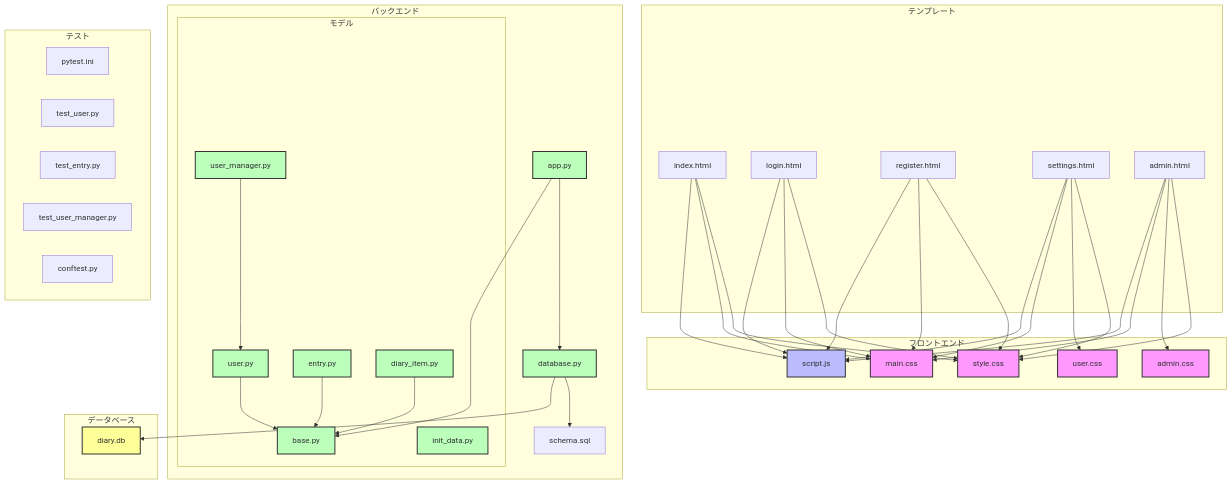
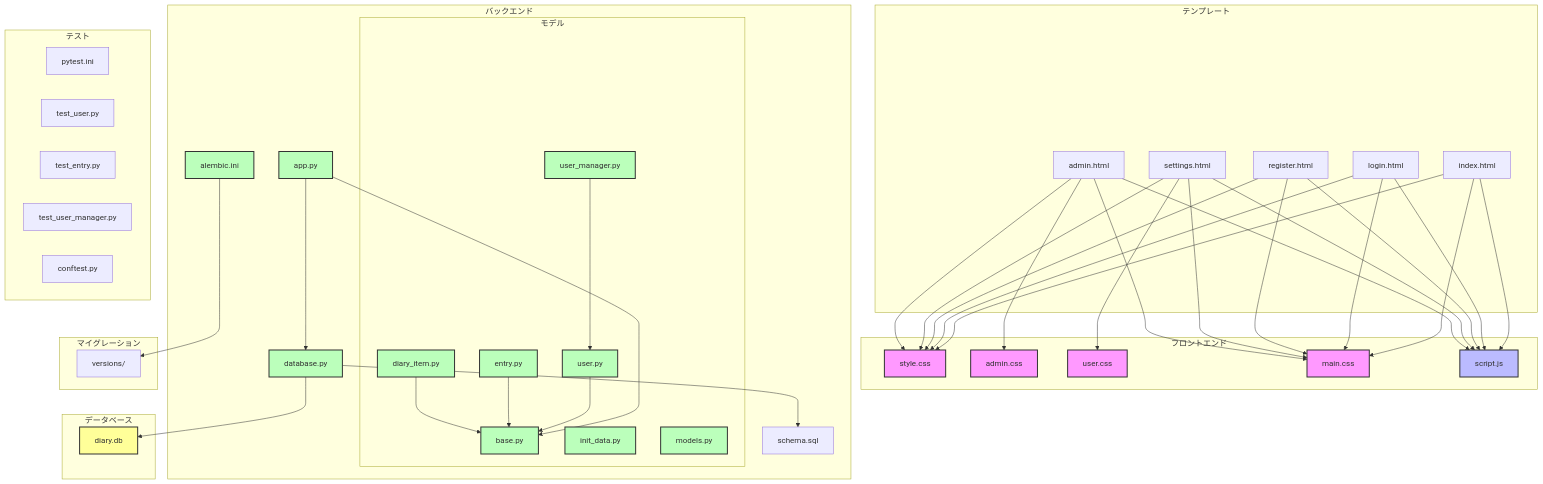
The tenth of 10 diagrams in docs/diagrams_ja.md (sougetuOte/LifeLog), drawn with Mermaid before and after one commit. The commit also changed other lines of this file and 5 other files, not shown here.

````diff
--- a/docs/diagrams_ja.md
+++ b/docs/diagrams_ja.md
@@ -337,21 +342,27 @@
             L4[diary_item.py]
             L5[user_manager.py]
             L6[init_data.py]
+            L7[models.py]
         end
         M[database.py]
         N[schema.sql]
+        O[alembic.ini]
     end
 
     subgraph データベース
-        O[diary.db]
+        P[diary.db]
+    end
+
+    subgraph マイグレーション
+        Q[versions/]
     end
 
     subgraph テスト
-        P[pytest.ini]
-        Q[test_user.py]
-        R[test_entry.py]
-        S[test_user_manager.py]
-        T[conftest.py]
+        R[pytest.ini]
+        S[test_user.py]
+        T[test_entry.py]
+        U[test_user_manager.py]
+        V[conftest.py]
     end
 
     %% フロントエンド依存関係
@@ -383,7 +394,8 @@
     L5 --> L2
     K --> M
     M --> N
-    M --> O
+    M --> P
+    O --> Q
 
     style A fill:#f9f,stroke:#333,stroke-width:2px
     style B fill:#f9f,stroke:#333,stroke-width:2px
@@ -397,6 +409,8 @@
     style L4 fill:#bfb,stroke:#333,stroke-width:2px
     style L5 fill:#bfb,stroke:#333,stroke-width:2px
     style L6 fill:#bfb,stroke:#333,stroke-width:2px
+    style L7 fill:#bfb,stroke:#333,stroke-width:2px
     style M fill:#bfb,stroke:#333,stroke-width:2px
-    style O fill:#ff9,stroke:#333,stroke-width:2px
+    style O fill:#bfb,stroke:#333,stroke-width:2px
+    style P fill:#ff9,stroke:#333,stroke-width:2px
 ```
````
